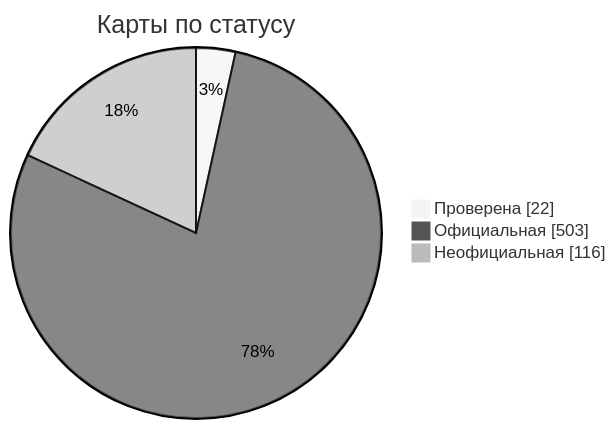
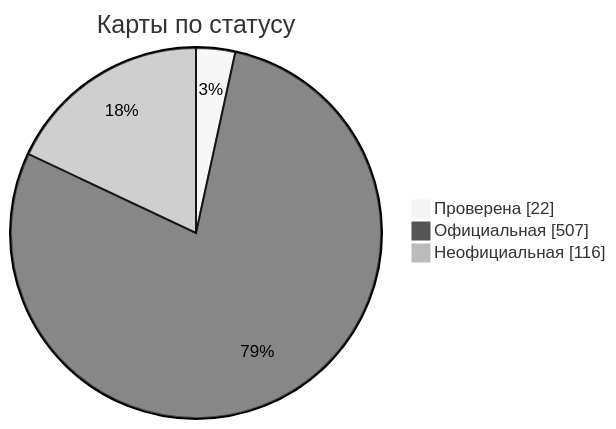
Before and after one commit to nobrega8/mbmap-library: the diagram in docs/readme/README_RU.md, drawn with Mermaid (neutral theme). The commit also changed 9 other files, not shown here.

````diff
--- a/docs/readme/README_RU.md
+++ b/docs/readme/README_RU.md
@@ -54,7 +54,7 @@
 ```mermaid
 pie showData
     title Карты по статусу
     "Проверена" : 22
-    "Официальная" : 503
+    "Официальная" : 507
     "Неофициальная" : 116
 ```
````
